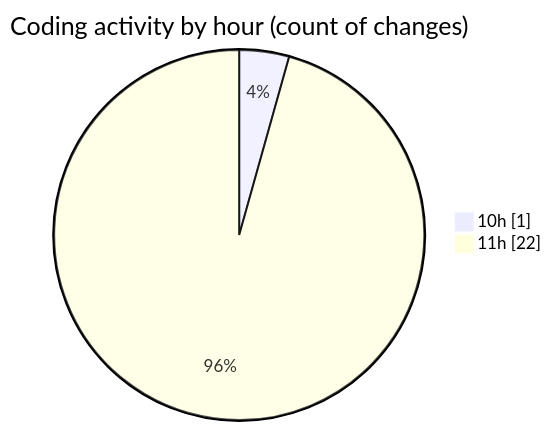
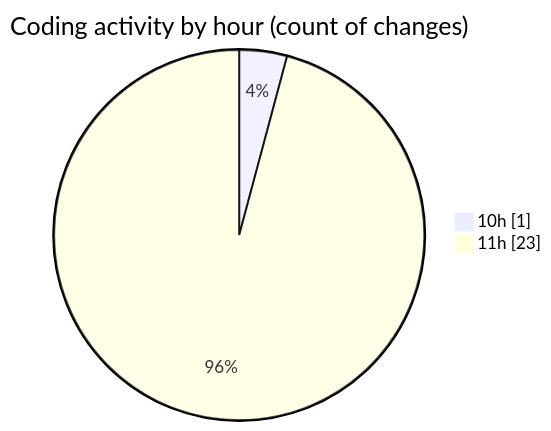
The second of 2 diagrams in 2025-10-03/untitled__workspace_/README.md (debugP/code-tracking), drawn with Mermaid before and after one commit. The commit also changed other lines of this file and 1 other file, not shown here.

````diff
--- a/2025-10-03/untitled__workspace_/README.md
+++ b/2025-10-03/untitled__workspace_/README.md
@@ -28,6 +28,6 @@
 ```mermaid
 pie showData
 title Coding activity by hour (count of changes)
 "10h" : 1
-"11h" : 22
+"11h" : 23
 ```
````
